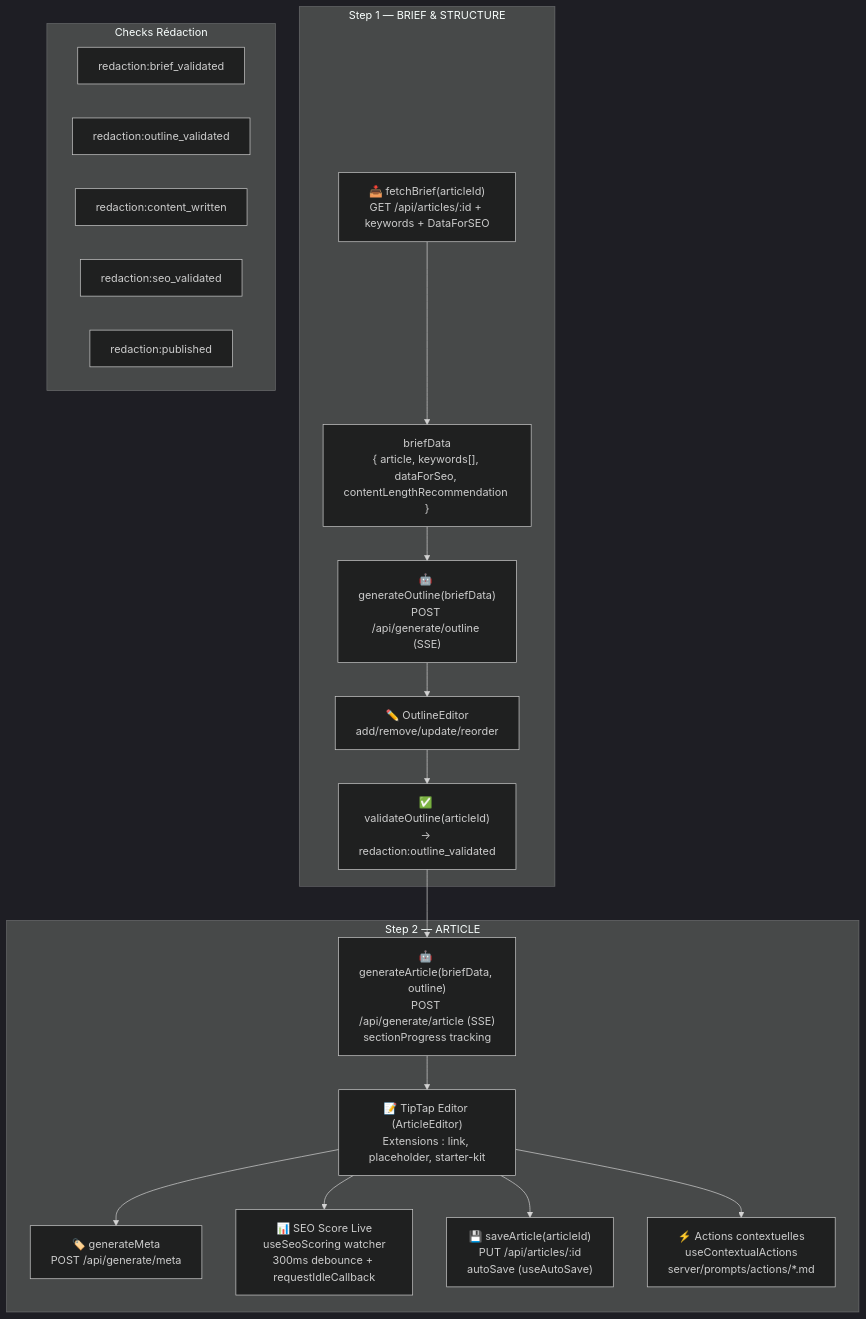
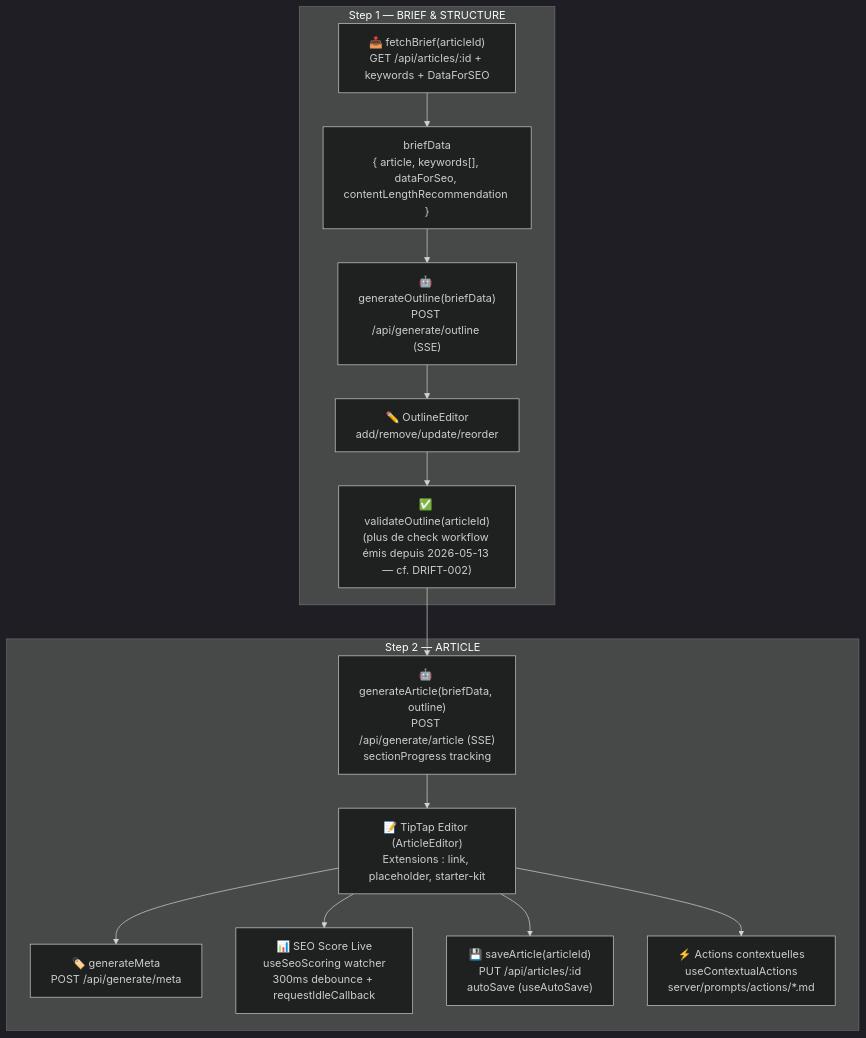
Before and after one commit to annubis-knight/Blog_Redactor_SEO: diagram 14 of 25 in docs/ARCHITECTURE_FLOWS.md, drawn with Mermaid (dark theme). The commit also changed other lines of this file and 18 other files, not shown here.

````diff
--- a/docs/ARCHITECTURE_FLOWS.md
+++ b/docs/ARCHITECTURE_FLOWS.md
@@ -631,37 +627,31 @@
 ```mermaid
 graph TB
     subgraph Step1["Step 1 — BRIEF & STRUCTURE"]
         FETCH["📥 fetchBrief(articleId)<br>GET /api/articles/:id + keywords + DataForSEO"]
         BRIEF_DATA["briefData<br>{ article, keywords[], dataForSeo, contentLengthRecommendation }"]
         GEN_OUTLINE["🤖 generateOutline(briefData)<br>POST /api/generate/outline (SSE)"]
         EDIT_OUTLINE["✏️ OutlineEditor<br>add/remove/update/reorder"]
-        VALIDATE["✅ validateOutline(articleId)<br>→ redaction:outline_validated"]
+        VALIDATE["✅ validateOutline(articleId)<br>(plus de check workflow émis depuis 2026-05-13 — cf. DRIFT-002)"]
 
         FETCH --> BRIEF_DATA --> GEN_OUTLINE --> EDIT_OUTLINE --> VALIDATE
     end
 
     subgraph Step2["Step 2 — ARTICLE"]
         GEN_ARTICLE["🤖 generateArticle(briefData, outline)<br>POST /api/generate/article (SSE)<br>sectionProgress tracking"]
         EDITOR["📝 TipTap Editor (ArticleEditor)<br>Extensions : link, placeholder, starter-kit"]
         GEN_META["🏷️ generateMeta<br>POST /api/generate/meta"]
         SEO_LIVE["📊 SEO Score Live<br>useSeoScoring watcher<br>300ms debounce + requestIdleCallback"]
         SAVE_ART["💾 saveArticle(articleId)<br>PUT /api/articles/:id<br>autoSave (useAutoSave)"]
         ACTIONS["⚡ Actions contextuelles<br>useContextualActions<br>server/prompts/actions/*.md"]
 
         GEN_ARTICLE --> EDITOR
         EDITOR --> GEN_META
         EDITOR --> SEO_LIVE
         EDITOR --> SAVE_ART
         EDITOR --> ACTIONS
     end
 
     VALIDATE --> GEN_ARTICLE
 
-    subgraph Checks["Checks Rédaction"]
-        RC1["redaction:brief_validated"]
-        RC2["redaction:outline_validated"]
-        RC3["redaction:content_written"]
-        RC4["redaction:seo_validated"]
-        RC5["redaction:published"]
-    end
+    %% Checks Rédaction retirés 2026-05-13 (cf. DRIFT-002) — la progression Rédaction est lisible directement via l'état métier (sommaire présent, contenu présent, etc.), pas via des checks workflow.
 ```
````
